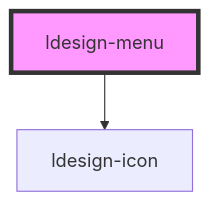
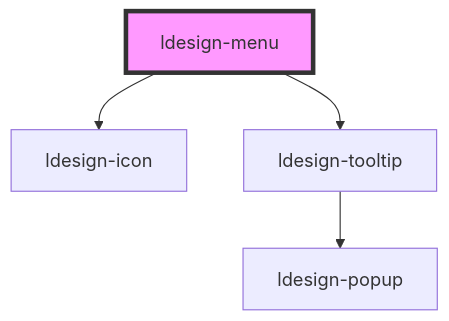
Before and after one commit to poly1603/ldesign: the diagram in packages/webcomponent/src/components/menu/readme.md, drawn with Mermaid. The commit also changed other lines of this file and 12 other files, not shown here.

````diff
--- a/packages/webcomponent/src/components/menu/readme.md
+++ b/packages/webcomponent/src/components/menu/readme.md
@@ -273,5 +276,7 @@
 ```mermaid
 graph TD;
   ldesign-menu --> ldesign-icon
+  ldesign-menu --> ldesign-tooltip
+  ldesign-tooltip --> ldesign-popup
   style ldesign-menu fill:#f9f,stroke:#333,stroke-width:4px
 ```
````
